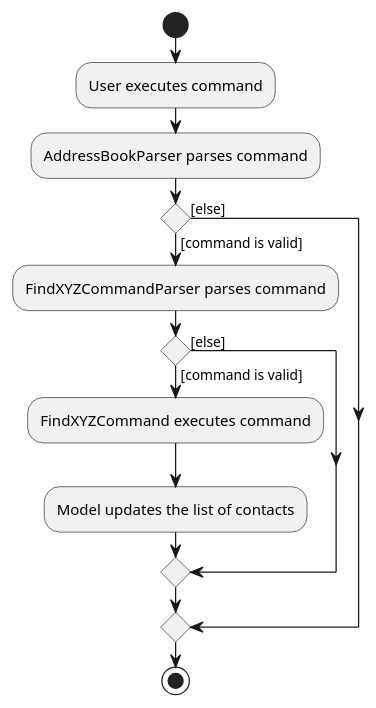
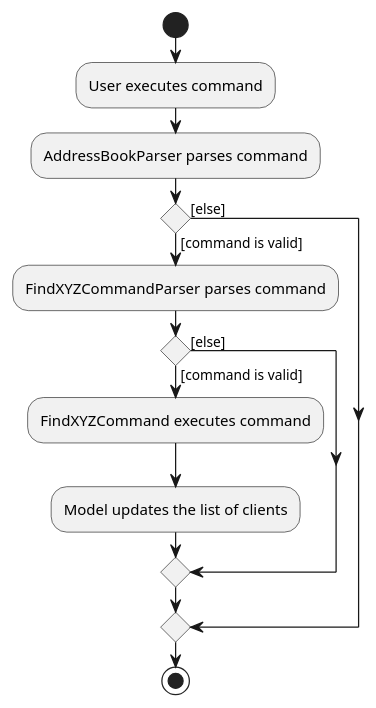
One commit to nus-cs2103-AY2223S1/tp changed the diagram in docs/diagrams/FindActivityDiagram.puml. Above: the diagram before and after it, drawn with PlantUML. The commit also changed 2 other files, not shown here.

```diff
--- a/docs/diagrams/FindActivityDiagram.puml
+++ b/docs/diagrams/FindActivityDiagram.puml
@@ -1,18 +1,18 @@
 @startuml
 
 start
 :User executes command;
 
 :AddressBookParser parses command;
 
 if () then ([command is valid])
     :FindXYZCommandParser parses command;
     if () then ([command is valid])
         :FindXYZCommand executes command;
-        :Model updates the list of contacts;
+        :Model updates the list of clients;
     else ([else])
     endif
 else ([else])
 endif
 stop
 @enduml
```
